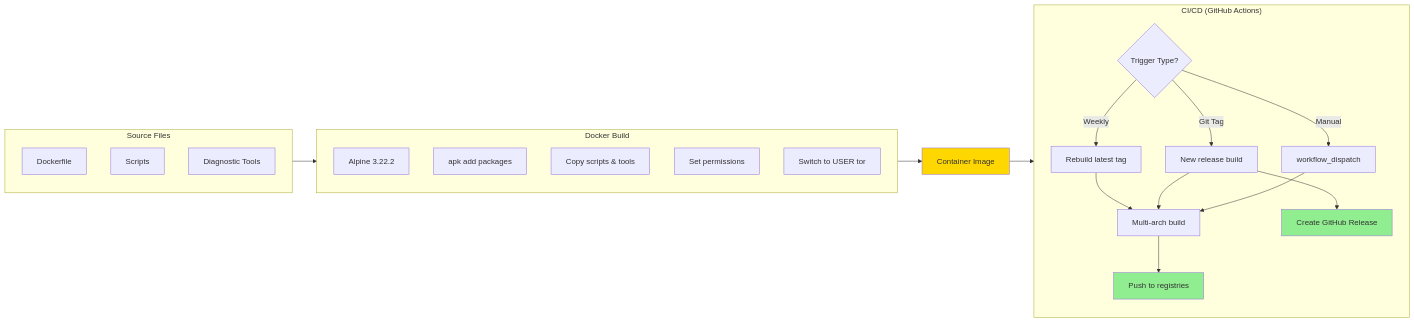
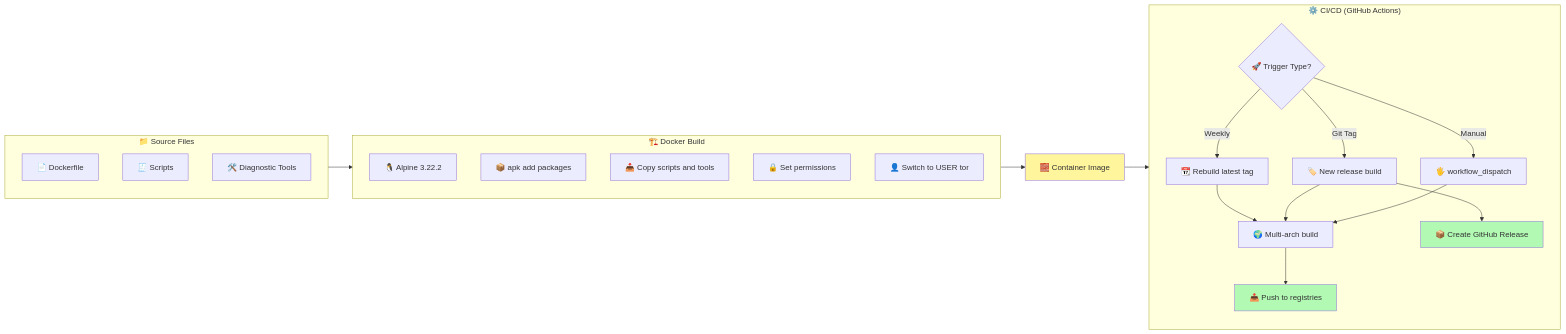
One commit to r3bo0tbx1/tor-guard-relay changed diagram 12 of 13 in docs/ARCHITECTURE.md. Above: the diagram before and after it, drawn with Mermaid. The commit also changed other lines of this file and 1 other file, not shown here.

First line of the commit message:
📝 docs(v1.1.1): Refresh diagrams and update image size

````diff
--- a/docs/ARCHITECTURE.md
+++ b/docs/ARCHITECTURE.md
@@ -697,38 +720,38 @@
 ```mermaid
 flowchart LR
-    subgraph Source["Source Files"]
-        Dockerfile[Dockerfile]
-        Scripts[Scripts]
-        Tools[Diagnostic Tools]
+    subgraph Source["📁 Source Files"]
+        Dockerfile[📄 Dockerfile]
+        Scripts[🧾 Scripts]
+        Tools[🛠️ Diagnostic Tools]
     end
 
-    subgraph Build["Docker Build"]
-        Alpine[Alpine 3.22.2]
-        Install[apk add packages]
-        Copy[Copy scripts & tools]
-        Perms[Set permissions]
-        User[Switch to USER tor]
+    subgraph Build["🏗️ Docker Build"]
+        Alpine[🐧 Alpine 3.22.2]
+        Install[📦 apk add packages]
+        Copy[📥 Copy scripts and tools]
+        Perms[🔒 Set permissions]
+        User[👤 Switch to USER tor]
     end
 
-    subgraph CI["CI/CD (GitHub Actions)"]
-        Trigger{Trigger Type?}
-        Trigger -->|Weekly| Weekly[Rebuild latest tag]
-        Trigger -->|Git Tag| Release[New release build]
-        Trigger -->|Manual| Manual[workflow_dispatch]
+    subgraph CI["⚙️ CI/CD (GitHub Actions)"]
+        Trigger{🚀 Trigger Type?}
+        Trigger -->|Weekly| Weekly[📆 Rebuild latest tag]
+        Trigger -->|Git Tag| Release[🏷️ New release build]
+        Trigger -->|Manual| Manual[🖐 workflow_dispatch]
 
-        Weekly --> MultiArch[Multi-arch build]
+        Weekly --> MultiArch[🌍 Multi-arch build]
         Release --> MultiArch
         Manual --> MultiArch
 
-        MultiArch --> Push[Push to registries]
-        Release --> GHRelease[Create GitHub Release]
+        MultiArch --> Push[📤 Push to registries]
+        Release --> GHRelease[📦 Create GitHub Release]
     end
 
     Source --> Build
-    Build --> Image[Container Image]
+    Build --> Image[🧱 Container Image]
     Image --> CI
 
-    style Image fill:#FFD700
-    style Push fill:#90EE90
-    style GHRelease fill:#90EE90
+    style Image fill:#fff59d
+    style Push fill:#b2fab4
+    style GHRelease fill:#b2fab4
 ```
````
